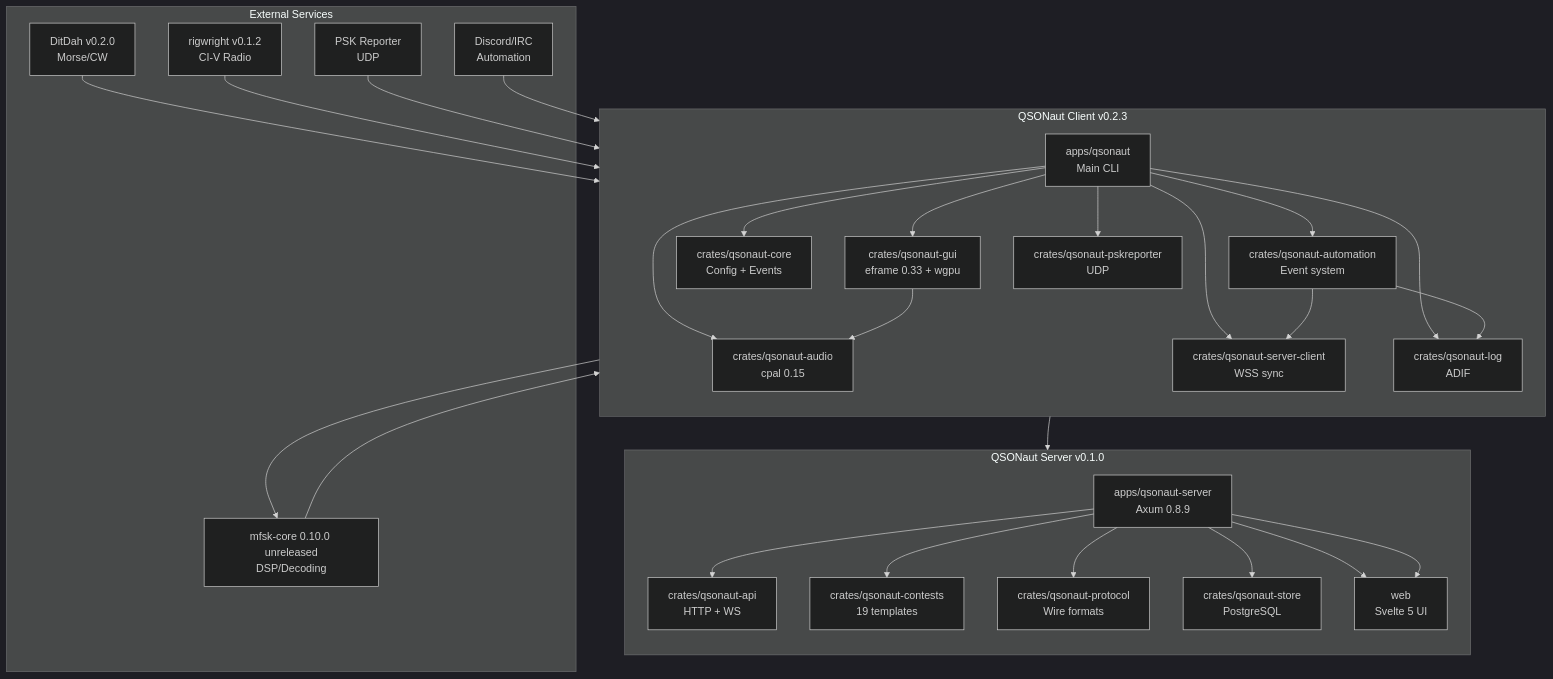
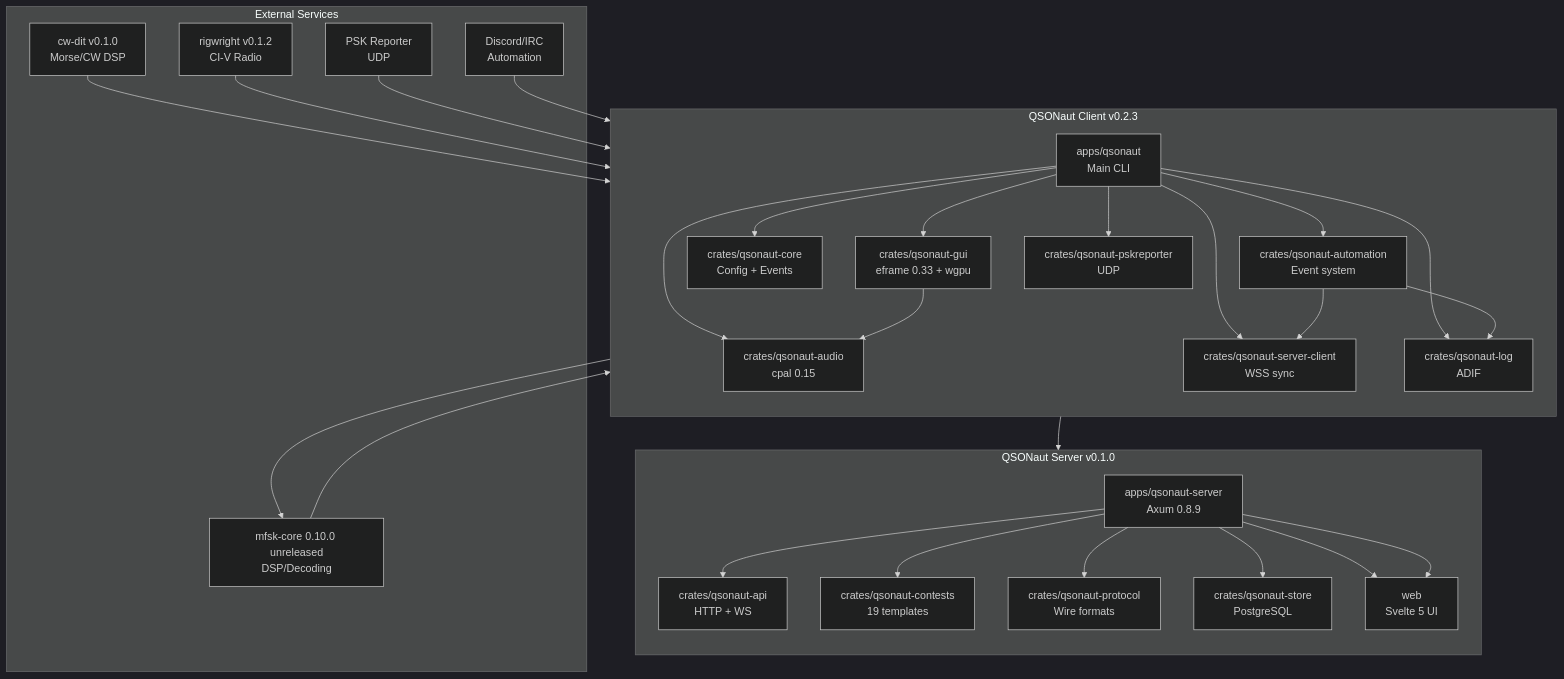
The first of 6 diagrams in docs/ARCHITECTURE.md (nicksbar/QSONaut), drawn with Mermaid (dark theme) before and after one commit. The commit also changed other lines of this file and 20 other files, not shown here.

````diff
--- a/docs/ARCHITECTURE.md
+++ b/docs/ARCHITECTURE.md
@@ -5,45 +5,45 @@
 ```mermaid
 graph TB
     subgraph QSONaut_Client["QSONaut Client v0.2.3"]
         direction TB
         A[apps/qsonaut<br/>Main CLI]
         A --> B[crates/qsonaut-gui<br/>eframe 0.33 + wgpu]
         A --> C[crates/qsonaut-core<br/>Config + Events]
         A --> F[crates/qsonaut-audio<br/>cpal 0.15]
         A --> G[crates/qsonaut-automation<br/>Event system]
         A --> H[crates/qsonaut-server-client<br/>WSS sync]
         A --> I[crates/qsonaut-log<br/>ADIF]
         A --> J[crates/qsonaut-pskreporter<br/>UDP]
         
         B --> F
         G --> H
         G --> I
     end
     
     subgraph QSONaut_Server["QSONaut Server v0.1.0"]
         direction TB
         K[apps/qsonaut-server<br/>Axum 0.8.9]
         K --> L[crates/qsonaut-api<br/>HTTP + WS]
         K --> M[crates/qsonaut-contests<br/>19 templates]
         K --> N[crates/qsonaut-protocol<br/>Wire formats]
         K --> O[crates/qsonaut-store<br/>PostgreSQL]
         K --> P[web<br/>Svelte 5 UI]
     end
     
     subgraph External["External Services"]
         Q[mfsk-core 0.10.0 unreleased<br/>DSP/Decoding]
-        U[DitDah v0.2.0<br/>Morse/CW]
+        U[cw-dit v0.1.0<br/>Morse/CW DSP]
         R[rigwright v0.1.2<br/>CI-V Radio]
         S[PSK Reporter<br/>UDP]
         T[Discord/IRC<br/>Automation]
     end
     
     Q --> B
     U --> B
     F --> Q
     R --> A
     S --> I
     T --> G
     H --> K
     K --> P
 ```
````
